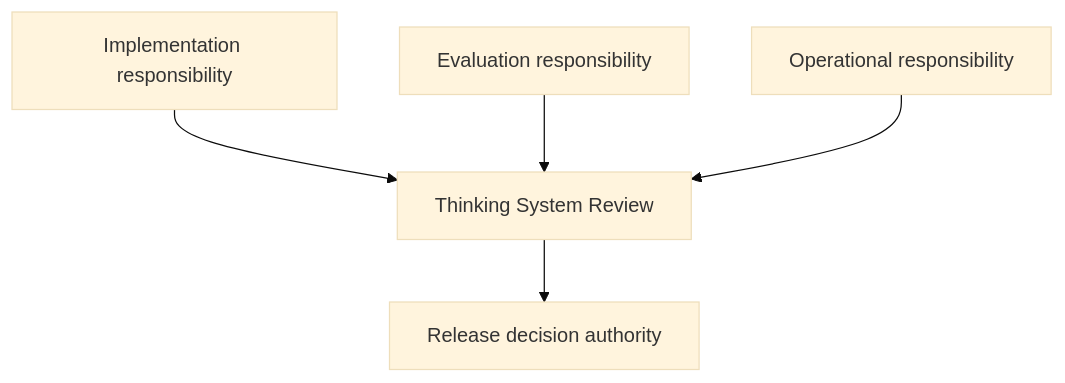
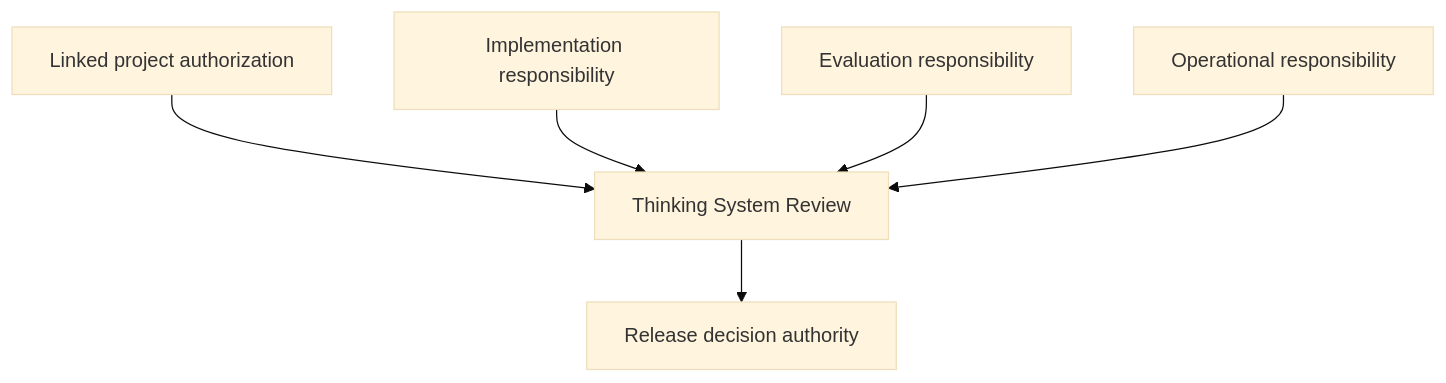
The second of 2 diagrams in 01-patterns/thinking-system-review.md (UncertaintyArchitectureGroup/uncertainty-architecture), drawn with Mermaid (base theme) before and after one commit. The commit also changed other lines of this file, not shown here.

Commit message:
Connect delivery review to inherited project authorization

````diff
--- a/01-patterns/thinking-system-review.md
+++ b/01-patterns/thinking-system-review.md
@@ -410,12 +514,14 @@
 ```mermaid
 flowchart TB
     IMP[Implementation responsibility]
     EVAL[Evaluation responsibility]
     OPS[Operational responsibility]
     DEC[Release decision authority]
+    PROJ[Linked project authorization]
 
-    IMP --> REVIEW[Thinking System Review]
+    PROJ --> REVIEW[Thinking System Review]
+    IMP --> REVIEW
     EVAL --> REVIEW
     OPS --> REVIEW
     REVIEW --> DEC
 ```
````
